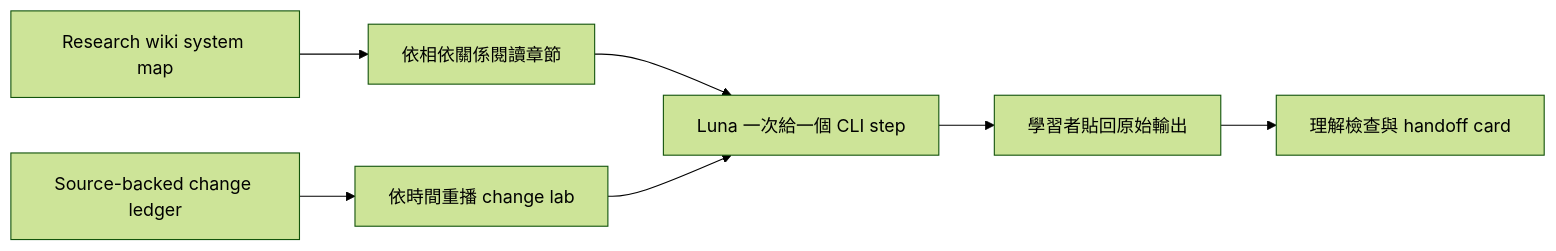
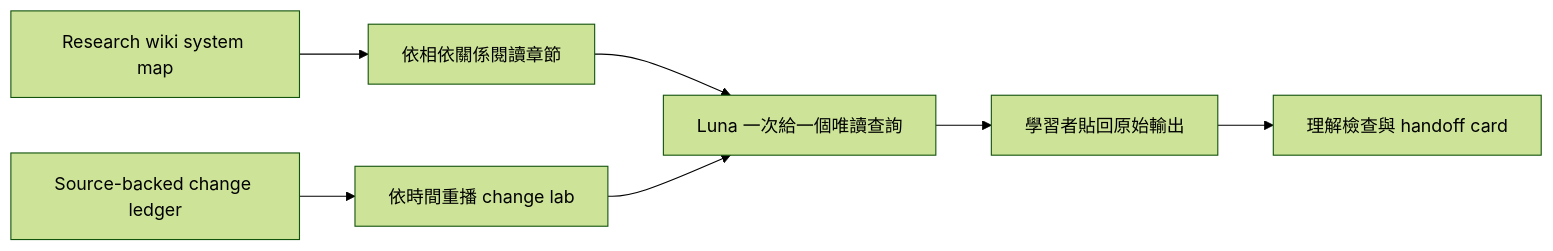
Before and after one commit to tonywang07009/Red_cap_openairinterface5g: the diagram in redcap_library/luna_cli_trace_course/README.zh-TW.md, drawn with Mermaid (forest theme). The commit also changed other lines of this file and 20 other files, not shown here.

````diff
--- a/redcap_library/luna_cli_trace_course/README.zh-TW.md
+++ b/redcap_library/luna_cli_trace_course/README.zh-TW.md
@@ -79,9 +97,9 @@
 ```mermaid
 flowchart LR
   M[Research wiki system map] --> C[依相依關係閱讀章節]
   L[Source-backed change ledger] --> R[依時間重播 change lab]
-  C --> T[Luna 一次給一個 CLI step]
+  C --> T[Luna 一次給一個唯讀查詢]
   R --> T
   T --> O[學習者貼回原始輸出]
   O --> H[理解檢查與 handoff card]
 ```
````
